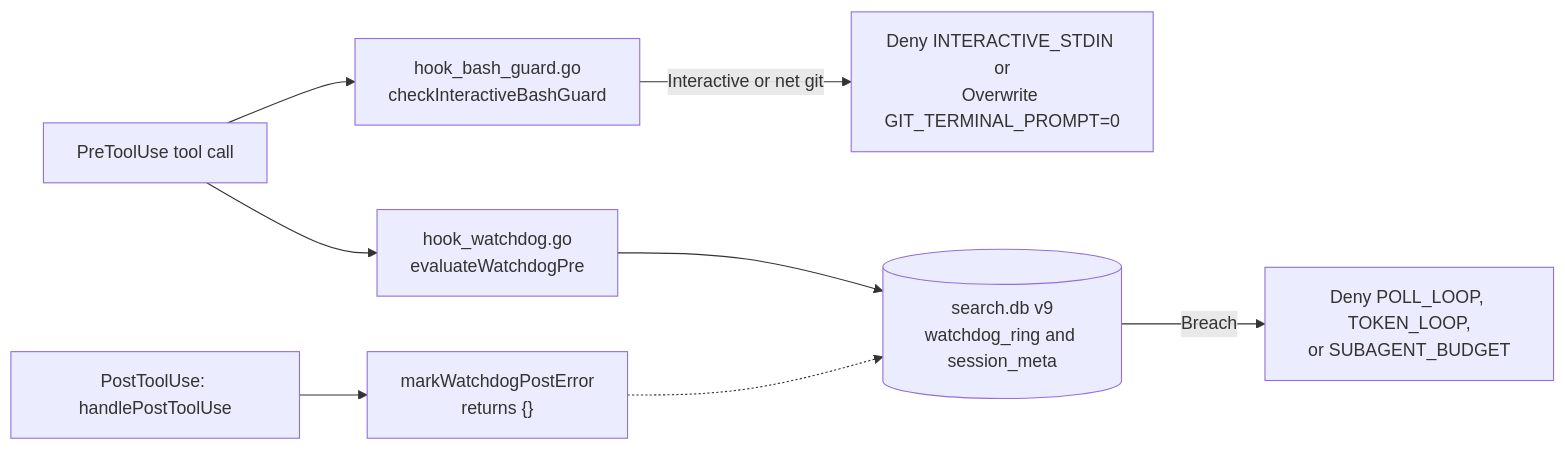
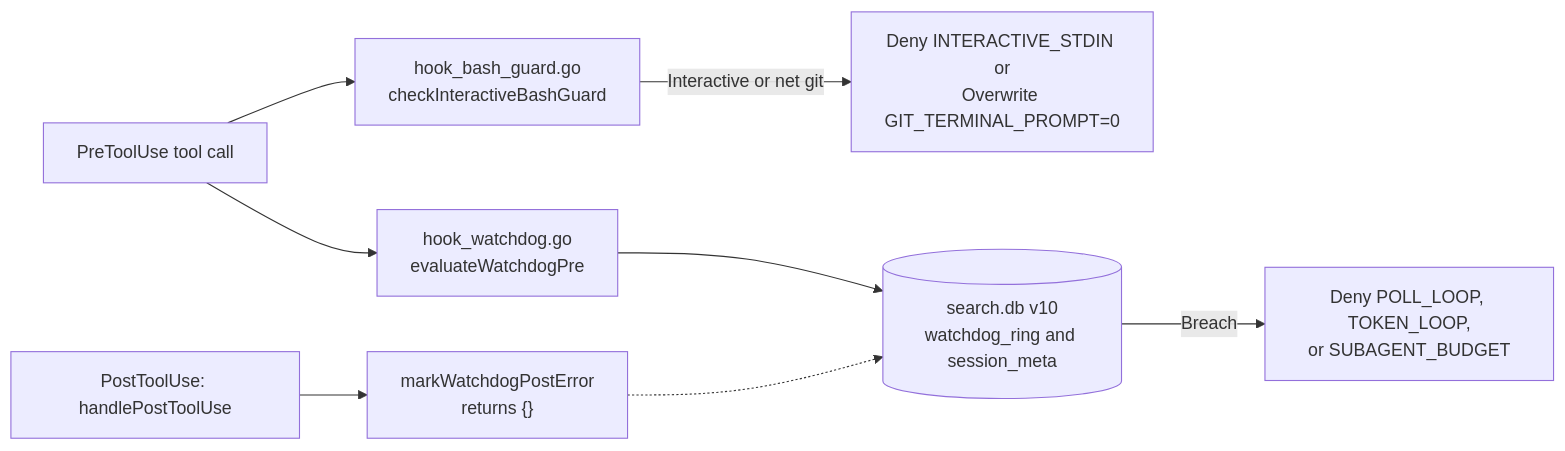
One commit to kesokaj/fyr changed the sixth of 7 diagrams in features/hooks-and-ast-graph.md. Above: the diagram before and after it, drawn with Mermaid. The commit also changed other lines of this file and 12 other files, not shown here.

Commit message:
docs, graph, metrics: v9.4.0 living specs, reviews, Playwright E2E, and Wave 4b closeout

````diff
--- a/features/hooks-and-ast-graph.md
+++ b/features/hooks-and-ast-graph.md
@@ -181,10 +184,10 @@
 ```mermaid
 flowchart LR
     preCall["PreToolUse tool call"] --> bashGuard["hook_bash_guard.go\ncheckInteractiveBashGuard"]
     preCall --> watchPre["hook_watchdog.go\nevaluateWatchdogPre"]
     bashGuard -- "Interactive or net git" --> bashOut["Deny INTERACTIVE_STDIN or\nOverwrite GIT_TERMINAL_PROMPT=0"]
-    watchPre --> ringDB[("search.db v9\nwatchdog_ring and session_meta")]
+    watchPre --> ringDB[("search.db v10\nwatchdog_ring and session_meta")]
     ringDB -- "Breach" --> watchDeny["Deny POLL_LOOP, TOKEN_LOOP,\nor SUBAGENT_BUDGET"]
     postCall["PostToolUse: handlePostToolUse"] --> postMark["markWatchdogPostError\nreturns {}"]
     postMark -.-> ringDB
 ```
````
